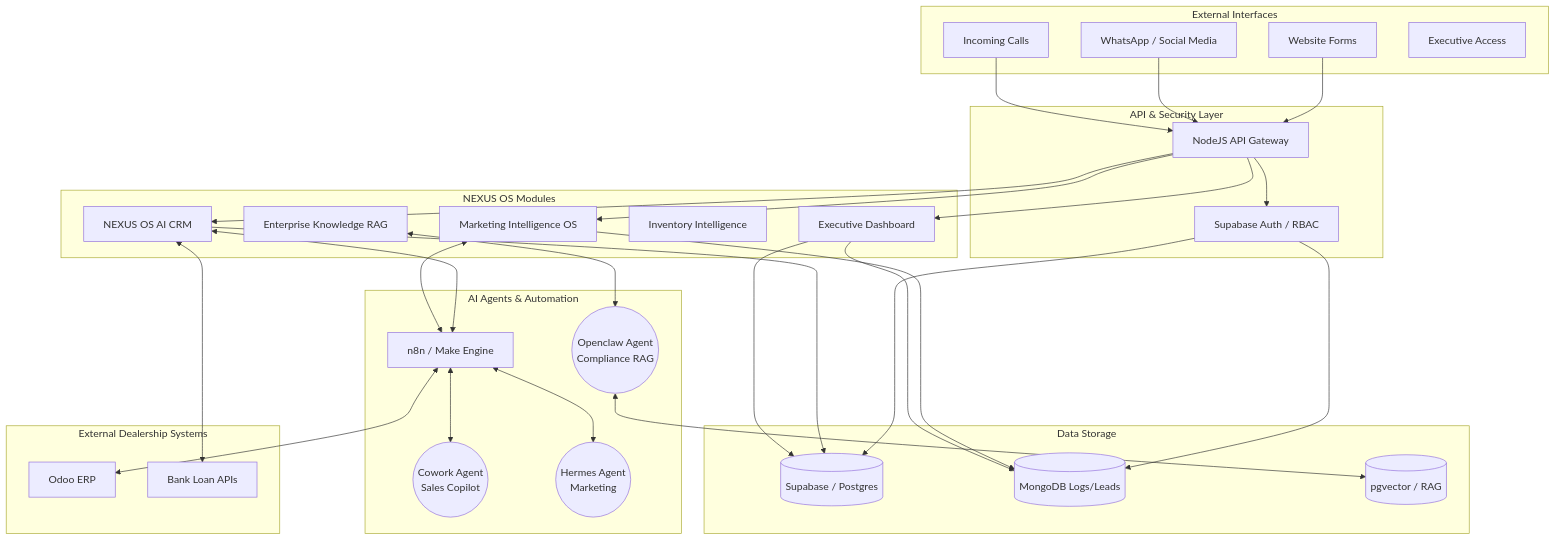
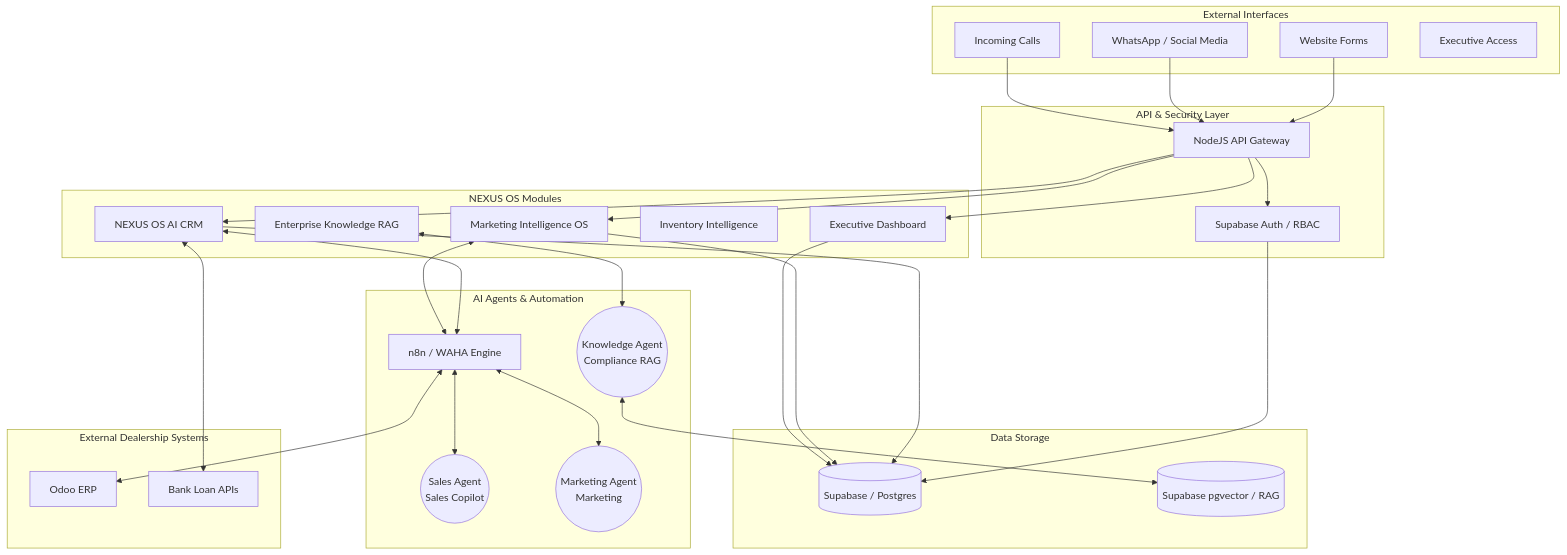
One commit to Ali8517942172/autodealer-ai-os changed the diagram in architecture/diagrams/System_Architecture.md. Above: the diagram before and after it, drawn with Mermaid. The commit also changed other lines of this file and 64 other files, not shown here.

````diff
--- a/architecture/diagrams/System_Architecture.md
+++ b/architecture/diagrams/System_Architecture.md
@@ -3,76 +3,73 @@
 ```mermaid
 graph TD
     %% External Interfaces
     subgraph "External Interfaces"
         Web[Website Forms]
         Social[WhatsApp / Social Media]
         Call[Incoming Calls]
         CEO[Executive Access]
     end
 
     %% AI Gateway & Auth
     subgraph "API & Security Layer"
         AG[NodeJS API Gateway]
         Auth[Supabase Auth / RBAC]
         AG --> Auth
     end
 
     Web --> AG
     Social --> AG
     Call --> AG
 
     %% Core Databases
     subgraph "Data Storage"
         PG[(Supabase / Postgres)]
-        Mongo[(MongoDB Logs/Leads)]
-        Vect[(pgvector / RAG)]
+        Vect[(Supabase pgvector / RAG)]
     end
 
     Auth --> PG
-    Auth --> Mongo
 
     %% Business Modules (Apps)
     subgraph "NEXUS OS Modules"
         CRM[NEXUS OS AI CRM]
         Mktg[Marketing Intelligence OS]
         RAG[Enterprise Knowledge RAG]
         Inv[Inventory Intelligence]
         Exec[Executive Dashboard]
     end
 
     %% Agents and Automation
     subgraph "AI Agents & Automation"
-        N8N[n8n / Make Engine]
-        Cowork((Cowork Agent\nSales Copilot))
-        Hermes((Hermes Agent\nMarketing))
-        Openclaw((Openclaw Agent\nCompliance RAG))
+        N8N[n8n / WAHA Engine]
+        Sales((Sales Agent\nSales Copilot))
+        Marketing((Marketing Agent\nMarketing))
+        Knowledge((Knowledge Agent\nCompliance RAG))
     end
 
     %% Connections
     AG --> CRM
     AG --> Mktg
     AG --> Exec
     
     CRM <--> N8N
     Mktg <--> N8N
     
-    N8N <--> Cowork
-    N8N <--> Hermes
+    N8N <--> Sales
+    N8N <--> Marketing
     
-    RAG <--> Openclaw
-    Openclaw <--> Vect
+    RAG <--> Knowledge
+    Knowledge <--> Vect
     
     CRM --> PG
-    Mktg --> Mongo
+    Mktg --> PG
     Exec --> PG
-    Exec --> Mongo
 
     %% External Systems
     subgraph "External Dealership Systems"
         Odoo[Odoo ERP]
         Banks[Bank Loan APIs]
     end
 
     N8N <--> Odoo
     CRM <--> Banks
 ```
````
